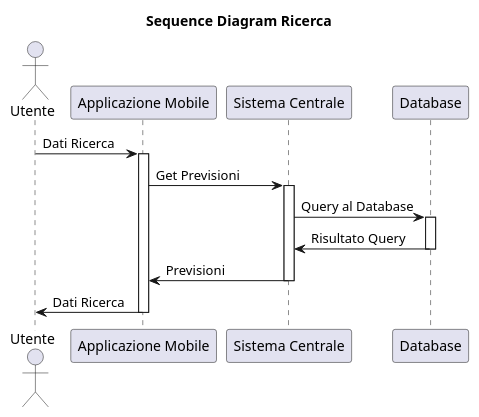
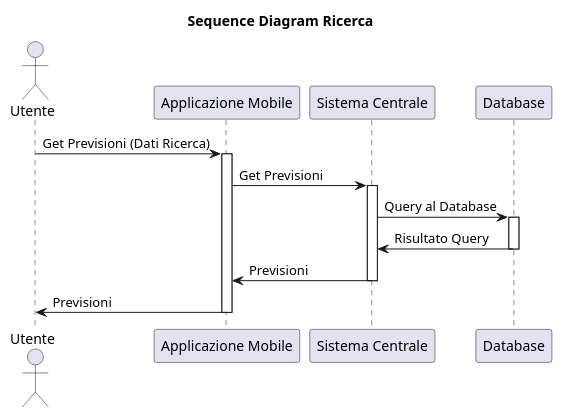
The diagram in docs/diagrams/sequence/ricerca.puml (xFA25E/sweng_14_2019), drawn with PlantUML before and after one commit. The commit also changed 3 other files, not shown here.

Commit message:
Sequence Diagrams update

```diff
--- a/docs/diagrams/sequence/ricerca.puml
+++ b/docs/diagrams/sequence/ricerca.puml
@@ -1,22 +1,22 @@
 @startuml
 title Sequence Diagram Ricerca
 actor Utente
 
-Utente -> "Applicazione Mobile": Dati Ricerca
+Utente -> "Applicazione Mobile": Get Previsioni (Dati Ricerca)
 activate "Applicazione Mobile"
 
 "Applicazione Mobile" -> "Sistema Centrale": Get Previsioni
 activate "Sistema Centrale"
 
 "Sistema Centrale" -> "Database": Query al Database
 activate "Database"
 
 "Database" -> "Sistema Centrale": Risultato Query
 deactivate "Database"
 
 "Sistema Centrale" -> "Applicazione Mobile": Previsioni
 deactivate "Sistema Centrale"
 
-"Applicazione Mobile" -> Utente: Dati Ricerca
+"Applicazione Mobile" -> Utente: Previsioni
 deactivate "Applicazione Mobile"
 @enduml
```
